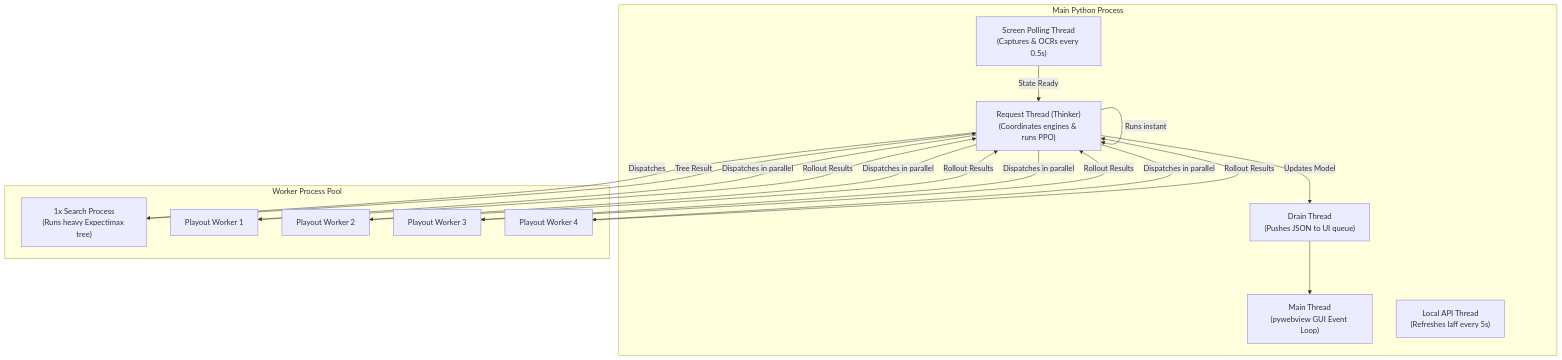
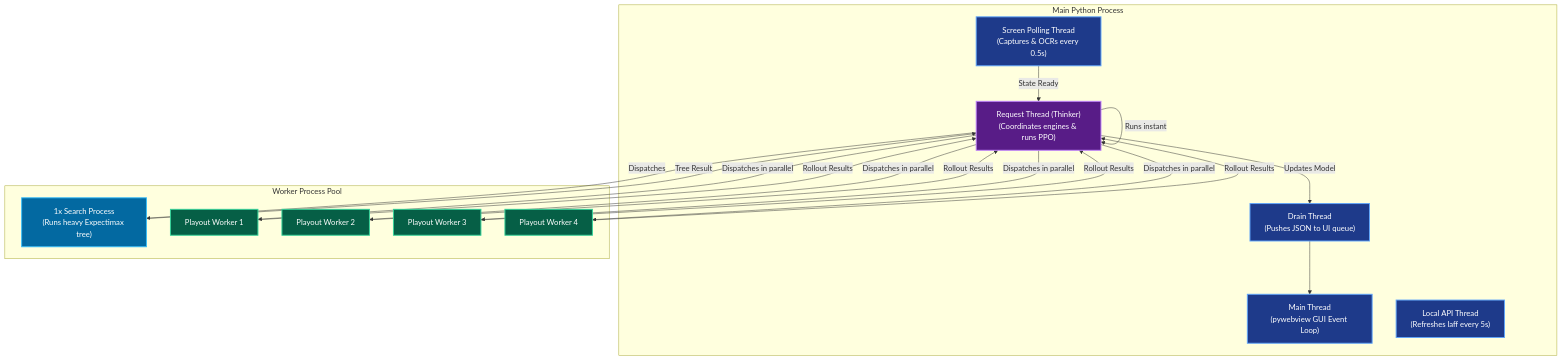
One commit to Angle-Brackets/TTRSolver changed the seventh of 7 diagrams in docs/architecture-review.md. Above: the diagram before and after it, drawn with Mermaid. The commit also changed other lines of this file and 9 other files, not shown here.

Commit message:
docs: color-code all Mermaid diagrams with distinct visual themes

````diff
--- a/docs/architecture-review.md
+++ b/docs/architecture-review.md
@@ -324,26 +350,36 @@
 ```mermaid
 flowchart TB
+    classDef mainNode fill:#1e3a8a,stroke:#60a5fa,stroke-width:2px,color:#ffffff
+    classDef thinkerNode fill:#581c87,stroke:#c084fc,stroke-width:2px,color:#ffffff
+    classDef searchNode fill:#0369a1,stroke:#38bdf8,stroke-width:2px,color:#ffffff
+    classDef playoutNode fill:#065f46,stroke:#34d399,stroke-width:2px,color:#ffffff
+
     subgraph MainProcess["Main Python Process"]
         MainThread["Main Thread<br/>(pywebview GUI Event Loop)"]
         DrainThread["Drain Thread<br/>(Pushes JSON to UI queue)"]
         PollThread["Screen Polling Thread<br/>(Captures & OCRs every 0.5s)"]
         LocalAPIThread["Local API Thread<br/>(Refreshes laff every 5s)"]
         RequestThread["Request Thread (Thinker)<br/>(Coordinates engines & runs PPO)"]
     end
 
     subgraph ChildProcesses["Worker Process Pool"]
         SearchProc["1x Search Process<br/>(Runs heavy Expectimax tree)"]
         Playout1["Playout Worker 1"]
         Playout2["Playout Worker 2"]
         Playout3["Playout Worker 3"]
         Playout4["Playout Worker 4"]
     end
 
     PollThread -->|State Ready| RequestThread
     RequestThread -->|Runs instant| RequestThread
     RequestThread -->|Dispatches| SearchProc
     RequestThread -->|Dispatches in parallel| Playout1 & Playout2 & Playout3 & Playout4
     Playout1 & Playout2 & Playout3 & Playout4 -->|Rollout Results| RequestThread
     SearchProc -->|Tree Result| RequestThread
     RequestThread -->|Updates Model| DrainThread --> MainThread
+
+    class MainThread,DrainThread,PollThread,LocalAPIThread mainNode
+    class RequestThread thinkerNode
+    class SearchProc searchNode
+    class Playout1,Playout2,Playout3,Playout4 playoutNode
 ```
````
